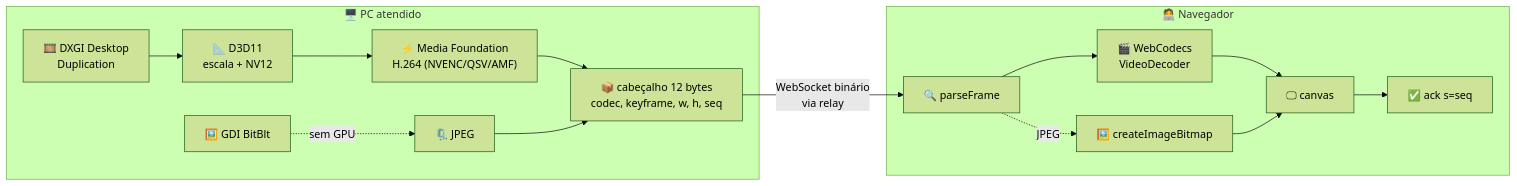
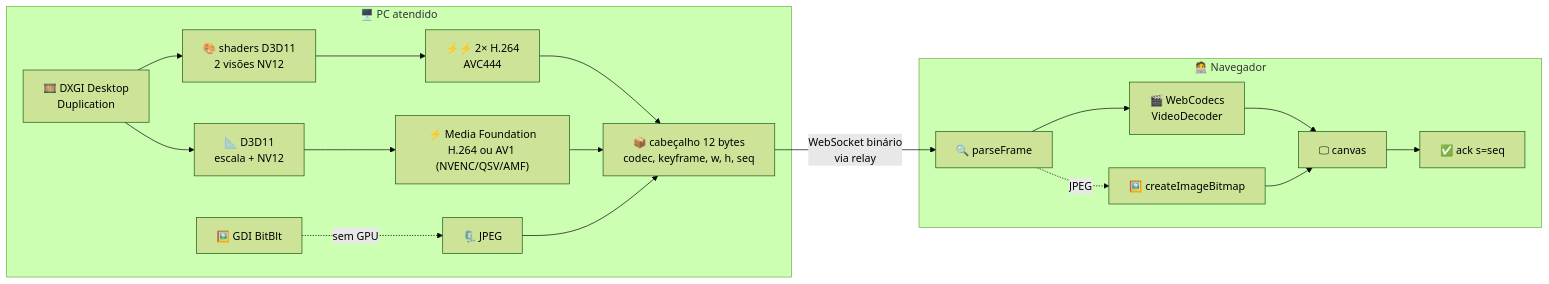
Before and after one commit to caetasousa/remoteIT: the fifth of 20 diagrams in docs/FLUXOS.md, drawn with Mermaid (forest theme). The commit also changed other lines of this file and 52 other files, not shown here.

````diff
--- a/docs/FLUXOS.md
+++ b/docs/FLUXOS.md
@@ -192,18 +192,21 @@
 ```mermaid
 graph LR
     subgraph PC["🖥️ PC atendido"]
         D["🎞️ DXGI Desktop<br/>Duplication"] --> S["📐 D3D11<br/>escala + NV12"]
-        S --> E["⚡ Media Foundation<br/>H.264 (NVENC/QSV/AMF)"]
+        D --> SH["🎨 shaders D3D11<br/>2 visões NV12"]
+        S --> E["⚡ Media Foundation<br/>H.264 ou AV1 (NVENC/QSV/AMF)"]
+        SH --> E2["⚡⚡ 2× H.264<br/>AVC444"]
+        E2 --> F
         G["🖼️ GDI BitBlt"] -.sem GPU.-> J["🗜️ JPEG"]
         E --> F["📦 cabeçalho 12 bytes<br/>codec, keyframe, w, h, seq"]
         J --> F
     end
     F -- "WebSocket binário<br/>via relay" --> P
     subgraph NAV["🧑‍💻 Navegador"]
         P["🔍 parseFrame"] --> V["🎬 WebCodecs<br/>VideoDecoder"]
         P -.JPEG.-> I["🖼️ createImageBitmap"]
         V --> C["🖵 canvas"]
         I --> C
         C --> K["✅ ack s=seq"]
     end
 ```
````
